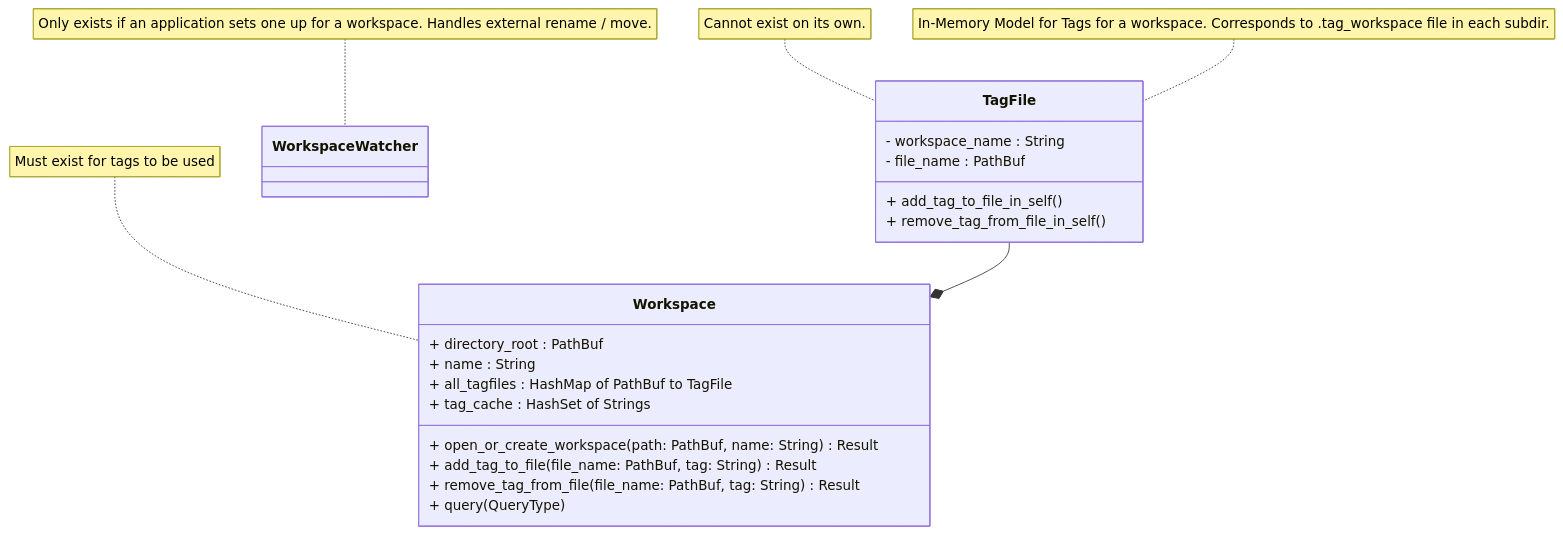
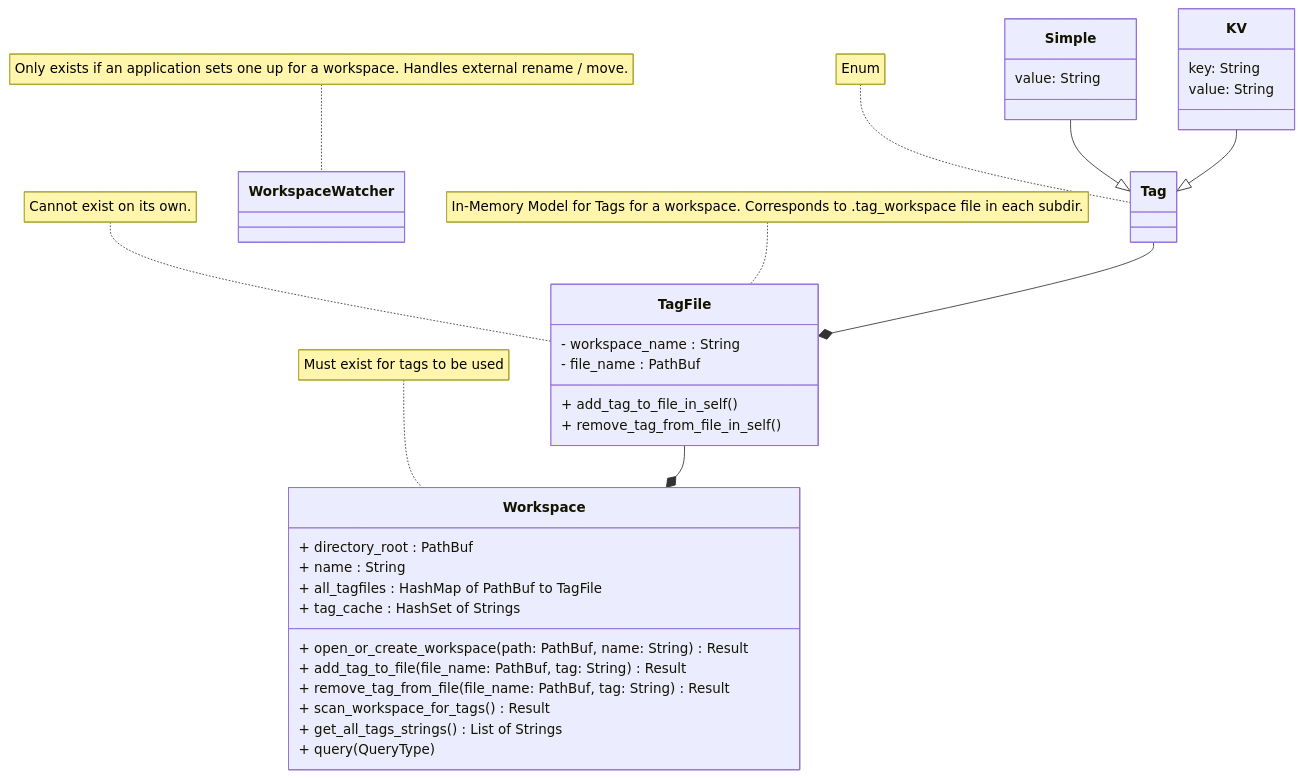
Before and after one commit to Nigel-Karunaratne/file-tagging: the diagram in doc/library_class_diagram.mmd, drawn with Mermaid. The commit also changed 2 other files, not shown here.

Commit message:
Add Tag enum + custom (de)serialization functions

```diff
--- a/doc/library_class_diagram.mmd
+++ b/doc/library_class_diagram.mmd
@@ -1,32 +1,46 @@
 %% Mermaid Diagram for the tagcore rust library
 
 classDiagram
 direction TB
     note for Workspace "Must exist for tags to be used"
     class Workspace {
         + directory_root : PathBuf
         + name : String
 	    + all_tagfiles : HashMap of PathBuf to TagFile
 	    + tag_cache : HashSet of Strings
 	    
         + open_or_create_workspace(path: PathBuf, name: String) Result
         + add_tag_to_file(file_name: PathBuf, tag: String) Result
 	    + remove_tag_from_file(file_name: PathBuf, tag: String) Result
+        + scan_workspace_for_tags() Result
+        + get_all_tags_strings() List of Strings
 	    + query(QueryType)
     }
 
     note for TagFile "Cannot exist on its own."
     note for TagFile "In-Memory Model for Tags for a workspace. Corresponds to .tag_workspace file in each subdir."
     class TagFile {
 	    - workspace_name : String
 	    - file_name : PathBuf
 
 	    + add_tag_to_file_in_self()
 	    + remove_tag_from_file_in_self()
     }
 
+    note for Tag "Enum"
+    class Tag {}
+    class Simple {value: String}
+    class KV {
+        key: String
+        value: String
+    }
+
+    Simple --|> Tag
+    KV --|> Tag
+
     note for WorkspaceWatcher "Only exists if an application sets one up for a workspace. Handles external rename / move."
     class WorkspaceWatcher {
     }
 
     TagFile --* Workspace
+    Tag --* TagFile
```
